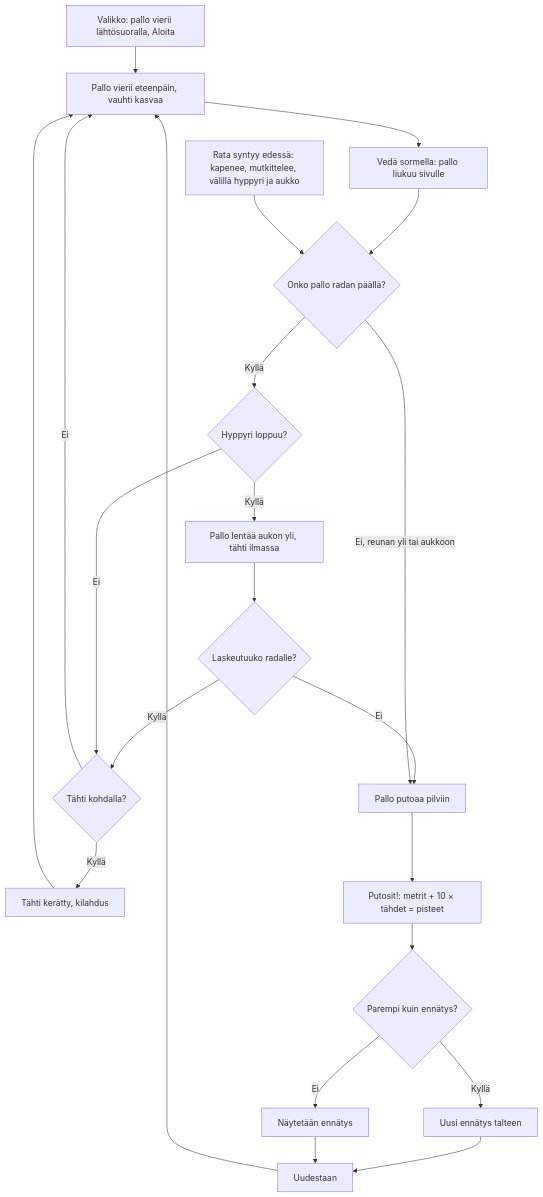
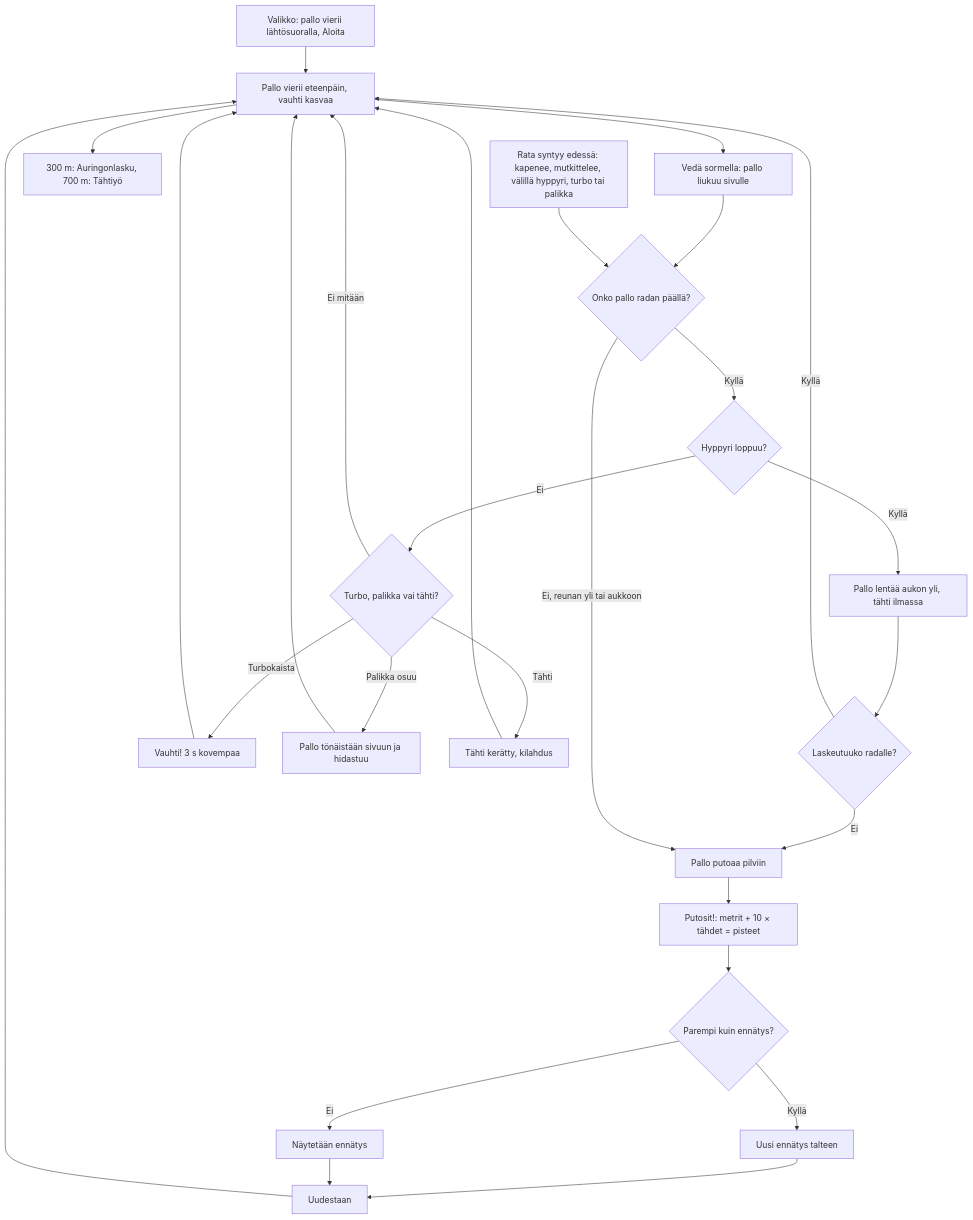
The diagram in docs/diagrams/pallorata.md (eerovil/ai-pelit), drawn with Mermaid before and after one commit. The commit also changed other lines of this file and 3 other files, not shown here.

````diff
--- a/docs/diagrams/pallorata.md
+++ b/docs/diagrams/pallorata.md
@@ -8,31 +9,39 @@
 ```mermaid
 flowchart TD
   A[Valikko: pallo vierii lähtösuoralla, Aloita] --> B[Pallo vierii eteenpäin, vauhti kasvaa]
   B --> C[Vedä sormella: pallo liukuu sivulle]
   C --> D{Onko pallo radan päällä?}
   D -- Kyllä --> M{Hyppyri loppuu?}
   M -- Kyllä --> N[Pallo lentää aukon yli, tähti ilmassa]
   N --> O{Laskeutuuko radalle?}
-  O -- Kyllä --> E
+  O -- Kyllä --> B
   O -- Ei --> G
-  M -- Ei --> E{Tähti kohdalla?}
-  E -- Kyllä --> F[Tähti kerätty, kilahdus]
-  E -- Ei --> B
+  M -- Ei --> T{Turbo, palikka vai tähti?}
+  T -- Turbokaista --> U[Vauhti! 3 s kovempaa]
+  T -- Palikka osuu --> V[Pallo tönäistään sivuun ja hidastuu]
+  T -- Ei mitään --> B
+  T -- Tähti --> F
+  U --> B
+  V --> B
+  B --> Z[300 m: Auringonlasku, 700 m: Tähtiyö]
+  F[Tähti kerätty, kilahdus]
   F --> B
   D -- Ei, reunan yli tai aukkoon --> G[Pallo putoaa pilviin]
   G --> H[Putosit!: metrit + 10 × tähdet = pisteet]
   H --> I{Parempi kuin ennätys?}
   I -- Kyllä --> J[Uusi ennätys talteen]
   I -- Ei --> K[Näytetään ennätys]
   J --> L[Uudestaan]
   K --> L
   L --> B
-  R[Rata syntyy edessä: kapenee, mutkittelee, välillä hyppyri ja aukko] --> D
+  R[Rata syntyy edessä: kapenee, mutkittelee, välillä hyppyri, turbo tai palikka] --> D
   class A,B,C blue
-  class D,E,I,M,O amber
-  class N teal
+  class D,I,M,O,T amber
+  class N,U teal
+  class V rose
+  class Z blue
   class F,J green
   class G,H rose
   class K,L blue
   class R teal
 ```
````
